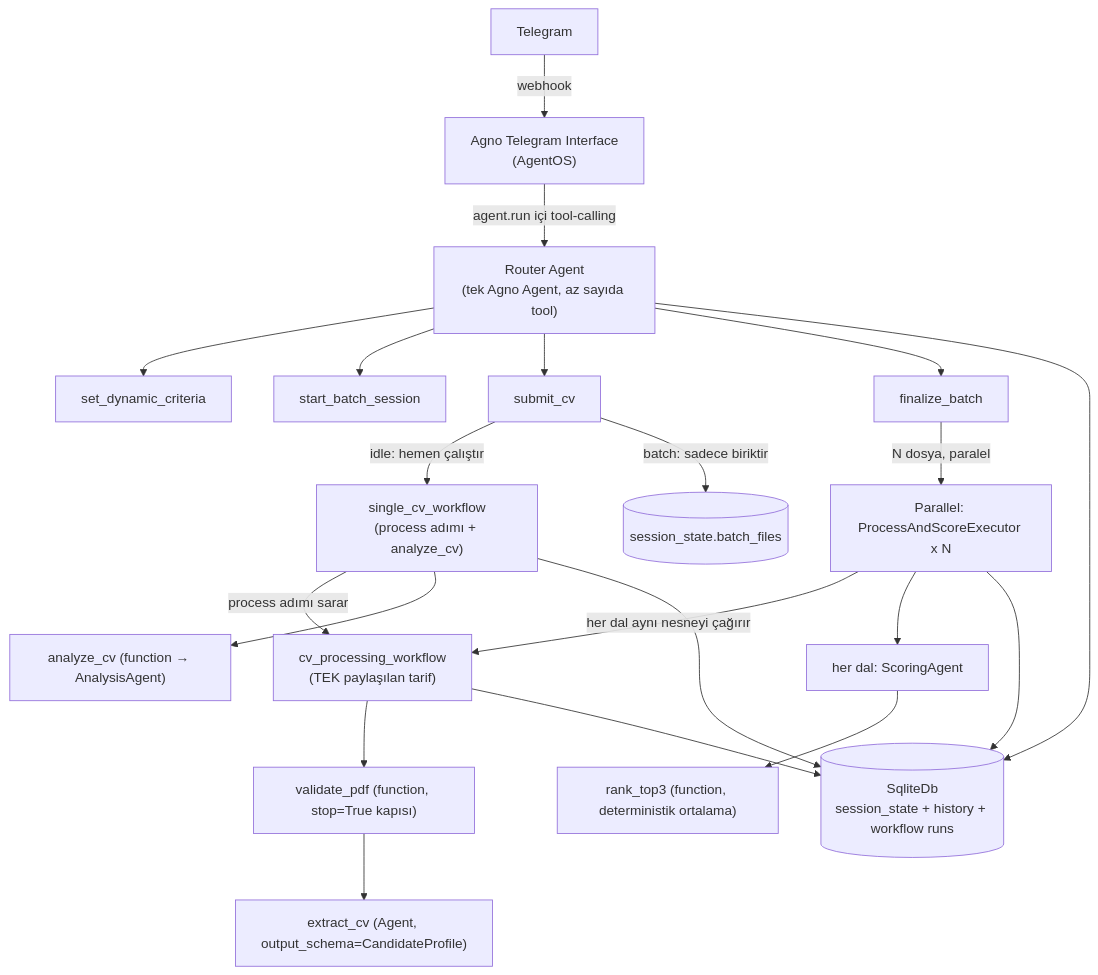
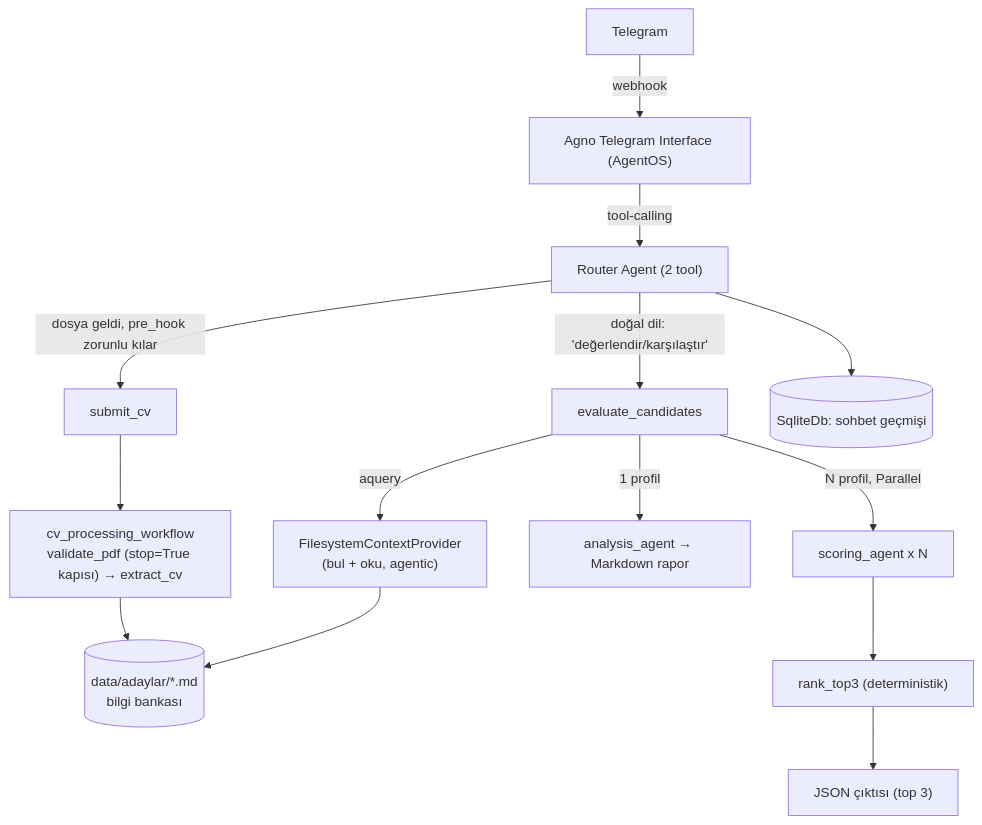
The first of 3 diagrams in ARCHITECTURE.md (Wijt/hr-ai-agent-telegram), drawn with Mermaid before and after one commit. The commit also changed other lines of this file and 1 other file, not shown here.

Commit message:
docs: redesign around file-based candidate knowledge base (submit_cv writer + evaluate_candidates reader), drop state machine

````diff
--- a/ARCHITECTURE.md
+++ b/ARCHITECTURE.md
@@ -36,20 +37,19 @@
 ```mermaid
 flowchart TB
-    TG[Telegram] -->|webhook| IF["Agno Telegram Interface<br/>(AgentOS)"]
-    IF -->|agent.run içi tool-calling| A["Router Agent<br/>(tek Agno Agent, az sayıda tool)"]
-    A --> T1[set_dynamic_criteria]
-    A --> T2[start_batch_session]
-    A --> T3[submit_cv]
-    A --> T4[finalize_batch]
-    T3 -->|idle: hemen çalıştır| SW["single_cv_workflow<br/>(process adımı + analyze_cv)"]
-    T3 -->|batch: sadece biriktir| BUF[("session_state.batch_files")]
-    T4 -->|N dosya, paralel| PAR["Parallel: ProcessAndScoreExecutor x N"]
-    SW -->|process adımı sarar| CPW["cv_processing_workflow<br/>(TEK paylaşılan tarif)"]
-    PAR -->|her dal aynı nesneyi çağırır| CPW
-    CPW --> S1["validate_pdf (function, stop=True kapısı)"]
-    S1 --> S2["extract_cv (Agent, output_schema=CandidateProfile)"]
-    SW --> S3["analyze_cv (function → AnalysisAgent)"]
-    PAR --> S4["her dal: ScoringAgent"]
-    S4 --> S5["rank_top3 (function, deterministik ortalama)"]
-    A & SW & CPW & PAR --> DB[(SqliteDb<br/>session_state + history + workflow runs)]
+    TG[Telegram] -->|webhook| IF["Agno Telegram Interface (AgentOS)"]
+    IF -->|tool-calling| A["Router Agent (2 tool)"]
+    A -->|dosya geldi, pre_hook zorunlu kılar| T1[submit_cv]
+    A -->|doğal dil: 'değerlendir/karşılaştır'| T2[evaluate_candidates]
+
+    T1 --> CPW["cv_processing_workflow<br/>validate_pdf (stop=True kapısı) → extract_cv"]
+    CPW --> KB[("data/adaylar/*.md<br/>bilgi bankası")]
+
+    T2 -->|aquery| FS["FilesystemContextProvider<br/>(bul + oku, agentic)"]
+    FS --> KB
+    T2 -->|1 profil| AN["analysis_agent → Markdown rapor"]
+    T2 -->|N profil, Parallel| SC["scoring_agent x N"]
+    SC --> RANK["rank_top3 (deterministik)"]
+    RANK --> JSONOUT["JSON çıktısı (top 3)"]
+
+    A --> DB[(SqliteDb: sohbet geçmişi)]
 ```
````
